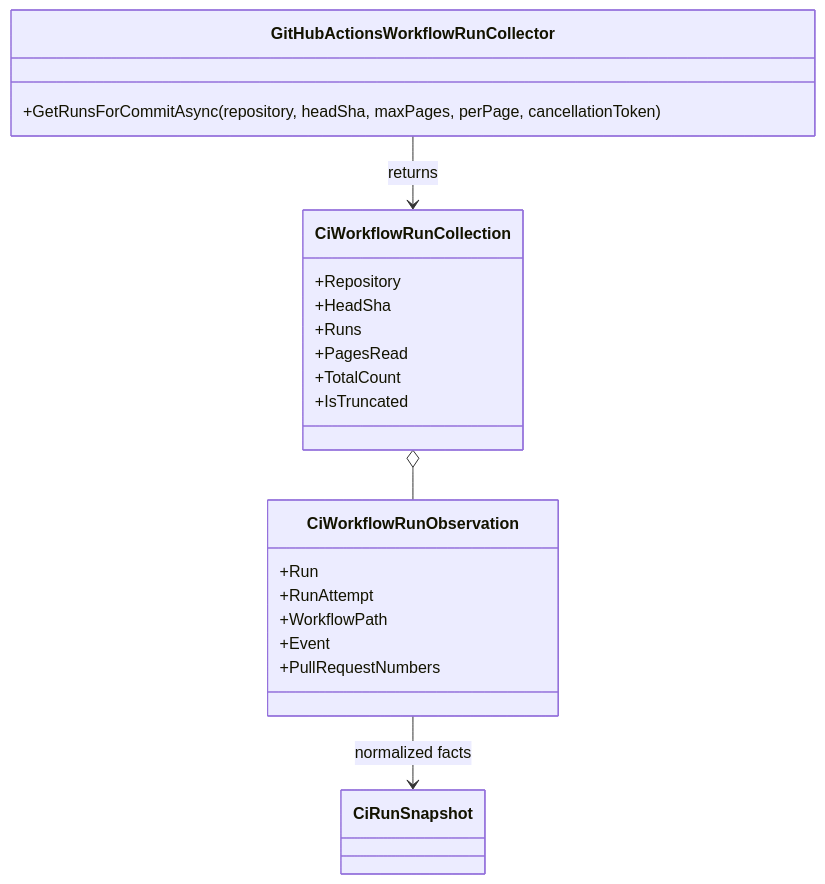
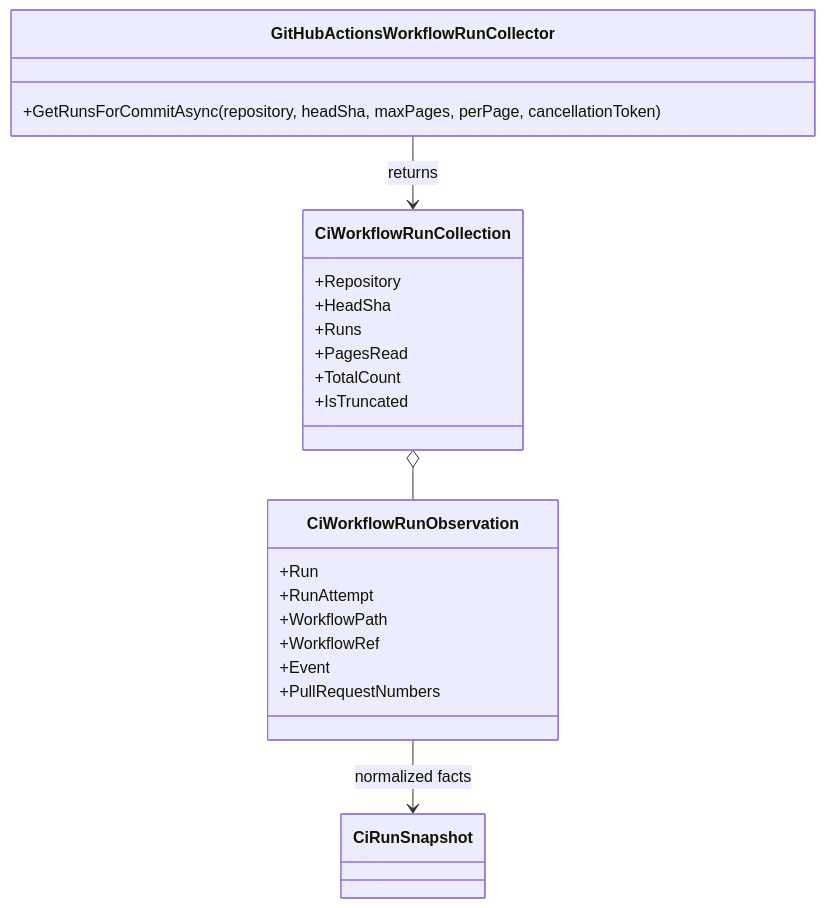
Before and after one commit to TrentBest/TheSingularityWorkshop.CiAi: the diagram in src/TheSingularityWorkshop.CiAi/GitHubActionsWorkflowRunCollector.md, drawn with Mermaid. The commit also changed other lines of this file, not shown here.

Commit message:
Document workflow-definition ref collection

````diff
--- a/src/TheSingularityWorkshop.CiAi/GitHubActionsWorkflowRunCollector.md
+++ b/src/TheSingularityWorkshop.CiAi/GitHubActionsWorkflowRunCollector.md
@@ -18,25 +18,26 @@
 ```mermaid
 classDiagram
     class GitHubActionsWorkflowRunCollector {
         +GetRunsForCommitAsync(repository, headSha, maxPages, perPage, cancellationToken)
     }
     class CiWorkflowRunCollection {
         +Repository
         +HeadSha
         +Runs
         +PagesRead
         +TotalCount
         +IsTruncated
     }
     class CiWorkflowRunObservation {
         +Run
         +RunAttempt
         +WorkflowPath
+        +WorkflowRef
         +Event
         +PullRequestNumbers
     }
     class CiRunSnapshot
     GitHubActionsWorkflowRunCollector --> CiWorkflowRunCollection : returns
     CiWorkflowRunCollection o-- CiWorkflowRunObservation
     CiWorkflowRunObservation --> CiRunSnapshot : normalized facts
 ```
````
